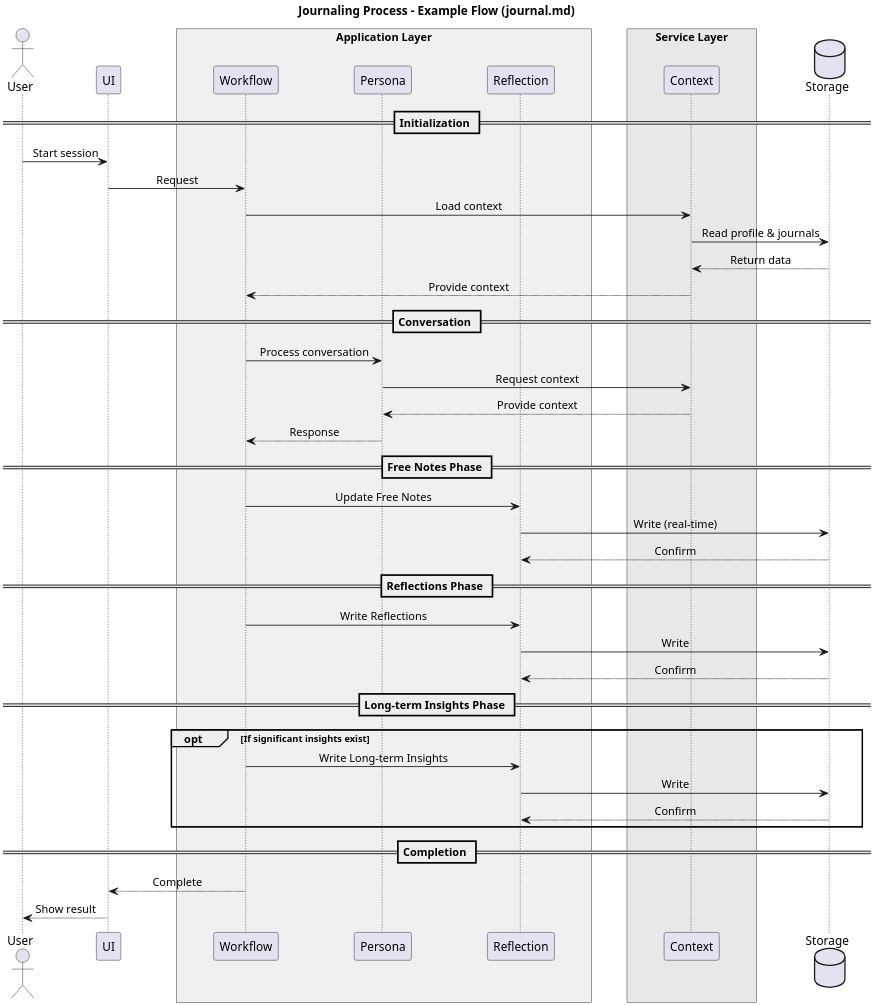
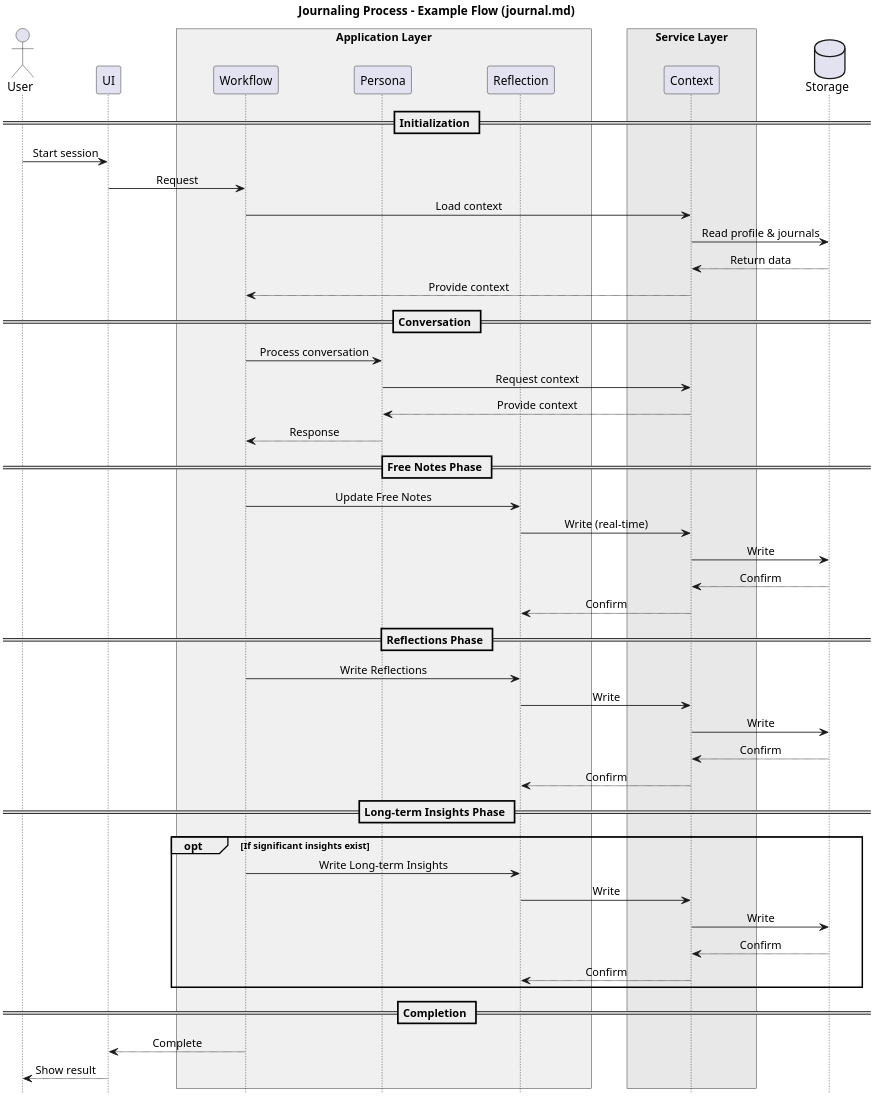
The diagram in docs/diagrams/src/sequence-diagram.wsd (hoetaek/reflective-conversational-journal), drawn with PlantUML before and after one commit. The commit also changed 6 other files, not shown here.

Commit message:
refactor: Add new architecture and sequence diagrams; update onboarding activity diagram and refine context interactions

```diff
--- a/docs/diagrams/src/sequence-diagram.wsd
+++ b/docs/diagrams/src/sequence-diagram.wsd
@@ -1,57 +1,64 @@
 @startuml sequence-diagram
 skinparam defaultTextAlignment center
 skinparam dpi 300
 skinparam ParticipantPadding 40
 skinparam BoxPadding 20
+hide footbox
 
 title Journaling Process - Example Flow (journal.md)
 
 actor User
 participant "UI" as UI
 box "Application Layer" #F0F0F0
     participant "Workflow" as Workflow
     participant "Persona" as Persona
     participant "Reflection" as Reflection
 end box
 
 box "Service Layer" #E8E8E8
     participant "Context" as Context
 end box
 database "Storage" as Storage
 
 == Initialization ==
 User -> UI : Start session
 UI -> Workflow : Request
 Workflow -> Context : Load context
 Context -> Storage : Read profile & journals
 Storage --> Context : Return data
 Context --> Workflow : Provide context
 
 == Conversation ==
 Workflow -> Persona : Process conversation
 Persona -> Context : Request context
 Context --> Persona : Provide context
 Persona --> Workflow : Response
 
 == Free Notes Phase ==
 Workflow -> Reflection : Update Free Notes
-Reflection -> Storage : Write (real-time)
-Storage --> Reflection : Confirm
+Reflection -> Context : Write (real-time)
+Context -> Storage : Write
+Storage --> Context : Confirm
+Context --> Reflection : Confirm
 
 == Reflections Phase ==
 Workflow -> Reflection : Write Reflections
-Reflection -> Storage : Write
-Storage --> Reflection : Confirm
+Reflection -> Context : Write
+Context -> Storage : Write
+Storage --> Context : Confirm
+Context --> Reflection : Confirm
 
 == Long-term Insights Phase ==
 opt If significant insights exist
     Workflow -> Reflection : Write Long-term Insights
-    Reflection -> Storage : Write
-    Storage --> Reflection : Confirm
+    Reflection -> Context : Write
+    Context -> Storage : Write
+    Storage --> Context : Confirm
+    Context --> Reflection : Confirm
 end
 
 == Completion ==
 Workflow --> UI : Complete
 UI --> User : Show result
 
 @enduml
```
